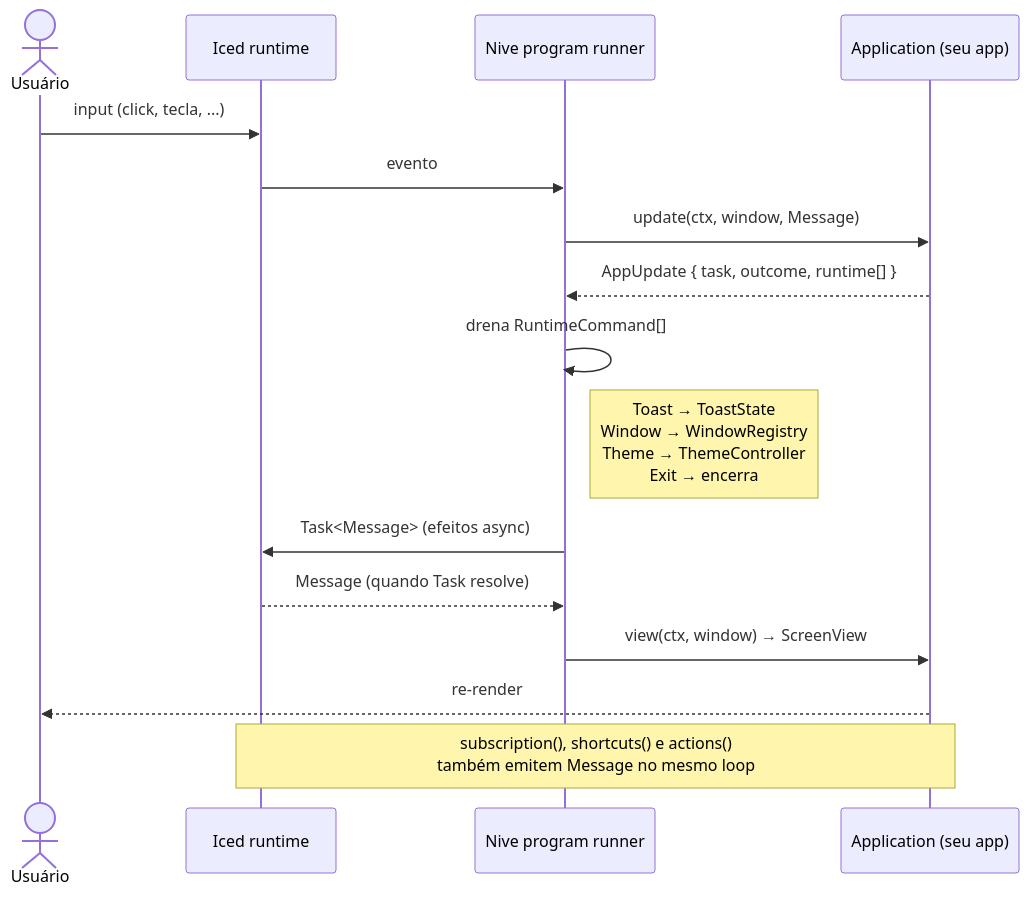
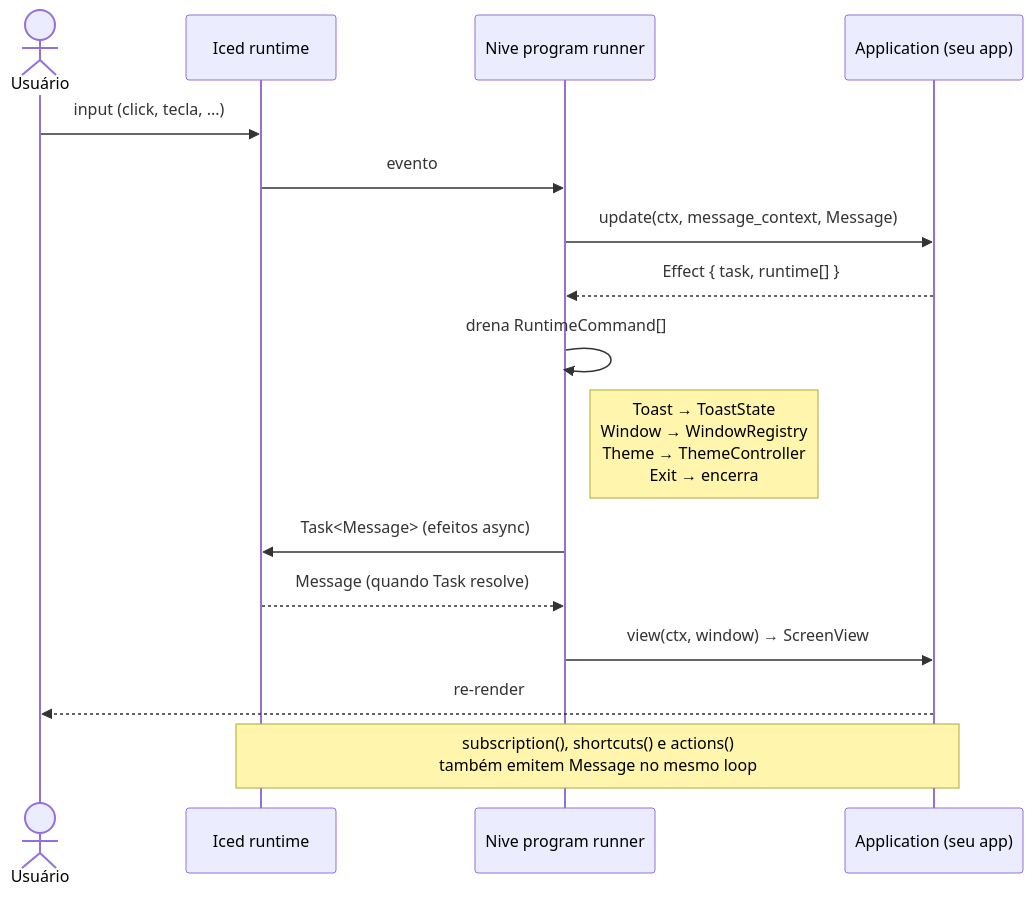
One commit to JirlanSouza/nive changed the first of 6 diagrams in docs/architecture/runtime-flows.md. Above: the diagram before and after it, drawn with Mermaid. The commit also changed other lines of this file and 29 other files, not shown here.

````diff
--- a/docs/architecture/runtime-flows.md
+++ b/docs/architecture/runtime-flows.md
@@ -14,20 +14,20 @@
 ```mermaid
 sequenceDiagram
     actor User as Usuário
     participant Iced as Iced runtime
     participant Runner as Nive program runner
     participant App as Application (seu app)
 
     User->>Iced: input (click, tecla, ...)
     Iced->>Runner: evento
-    Runner->>App: update(ctx, window, Message)
-    App-->>Runner: AppUpdate { task, outcome, runtime[] }
+    Runner->>App: update(ctx, message_context, Message)
+    App-->>Runner: Effect { task, runtime[] }
     Runner->>Runner: drena RuntimeCommand[]
     Note right of Runner: Toast → ToastState<br/>Window → WindowRegistry<br/>Theme → ThemeController<br/>Exit → encerra
     Runner->>Iced: Task<Message> (efeitos async)
     Iced-->>Runner: Message (quando Task resolve)
     Runner->>App: view(ctx, window) → ScreenView
     App-->>User: re-render
 
     Note over Iced,App: subscription(), shortcuts() e actions()<br/>também emitem Message no mesmo loop
 ```
````
